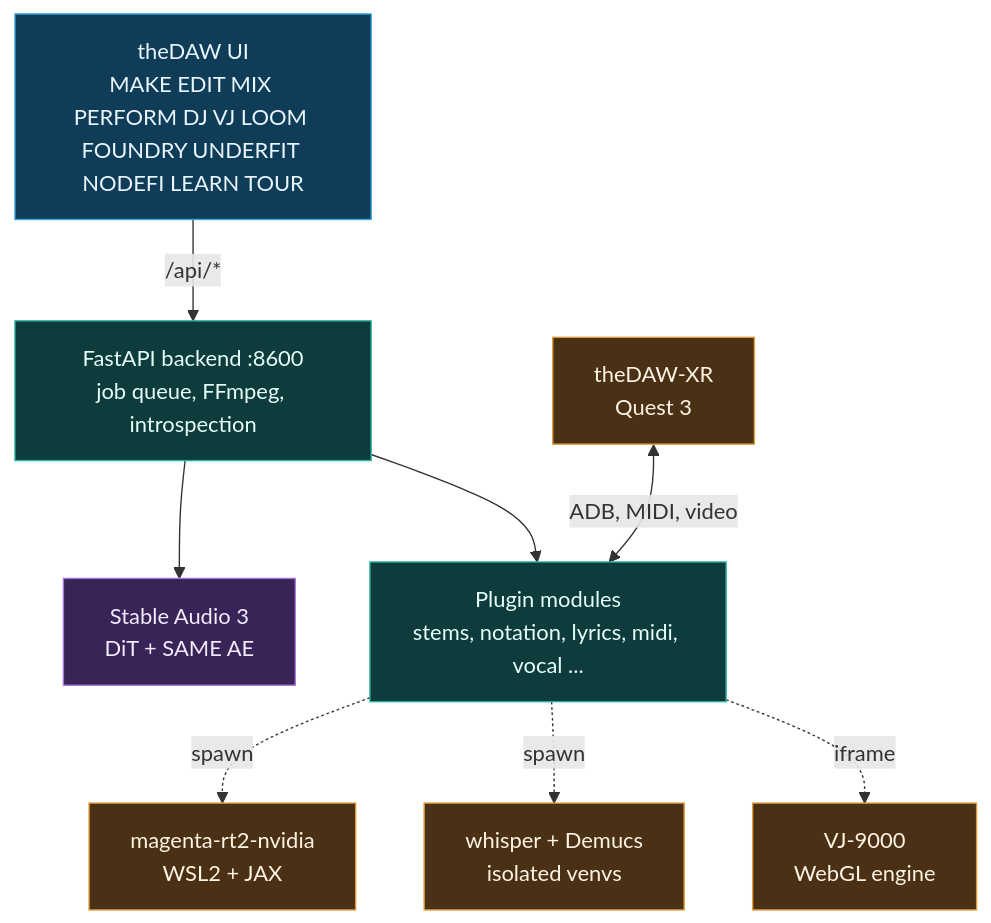
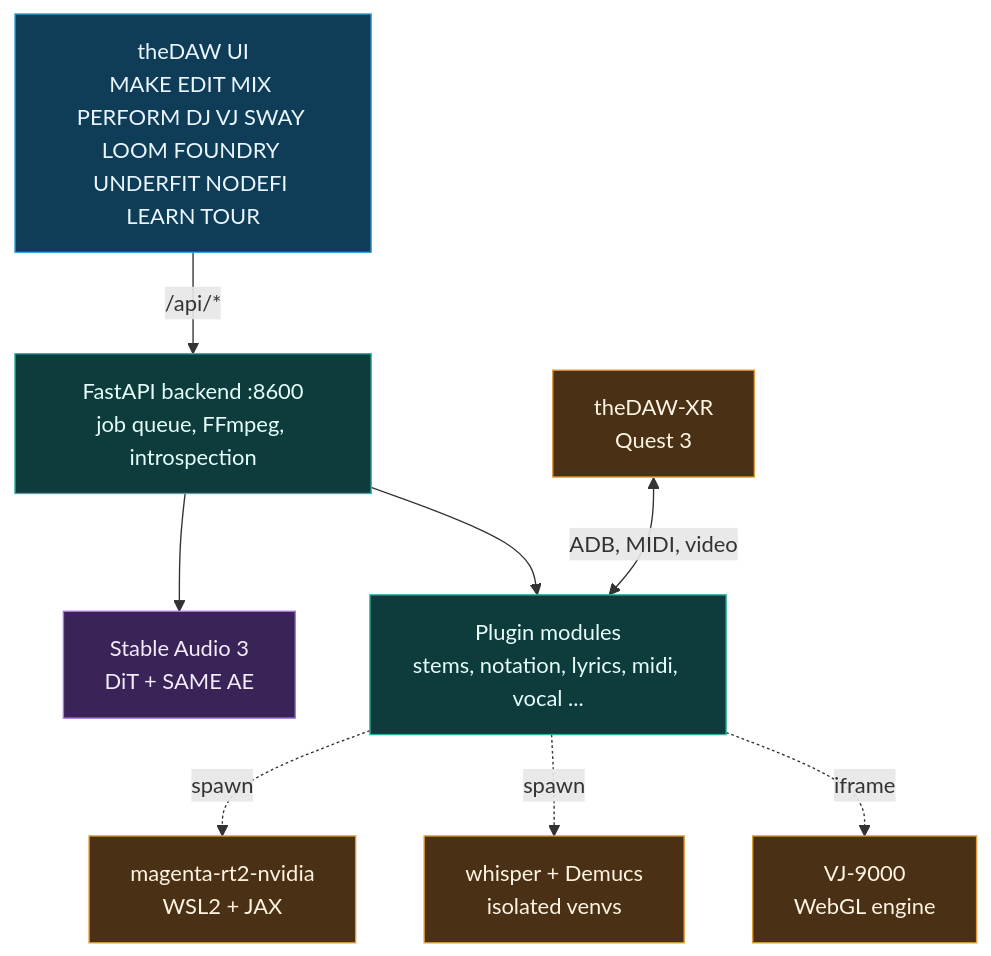
The diagram in README.md (gantasmo/theDAW-Pinokio), drawn with Mermaid before and after one commit. The commit also changed other lines of this file, not shown here.

Commit message:
launcher: README carries the LYRIC tab, STUDY, the 28 themes and the SwayCommand build step, in step with the app README

````diff
--- a/README.md
+++ b/README.md
@@ -278,22 +288,22 @@
 ```mermaid
 flowchart TD
-  UI["theDAW UI<br/>MAKE EDIT MIX PERFORM DJ VJ LOOM FOUNDRY UNDERFIT NODEFI LEARN TOUR"]:::in
+  UI["theDAW UI<br/>MAKE EDIT MIX PERFORM DJ VJ SWAY LOOM FOUNDRY UNDERFIT NODEFI LEARN TOUR"]:::in
   API["FastAPI backend :8600<br/>job queue, FFmpeg, introspection"]:::proc
   SA3["Stable Audio 3<br/>DiT + SAME AE"]:::eng
   MODS["Plugin modules<br/>stems, notation, lyrics, midi, vocal ..."]:::proc
   MRT2["magenta-rt2-nvidia<br/>WSL2 + JAX"]:::side
   WSP["whisper + Demucs<br/>isolated venvs"]:::side
   VJ["VJ-9000<br/>WebGL engine"]:::side
   XR["theDAW-XR<br/>Quest 3"]:::side
   UI -->|/api/*| API
   API --> SA3
   API --> MODS
   MODS -. spawn .-> MRT2
   MODS -. spawn .-> WSP
   MODS -. iframe .-> VJ
   XR <-->|ADB, MIDI, video| MODS
   classDef in fill:#0f3d57,stroke:#3aa0db,color:#eaf6ff;
   classDef eng fill:#3a2356,stroke:#a877e0,color:#f3ecff;
   classDef proc fill:#0e3b3b,stroke:#2bb3a3,color:#e6fffb;
   classDef side fill:#4a3115,stroke:#e09a3a,color:#fff4e3;
 ```
````
